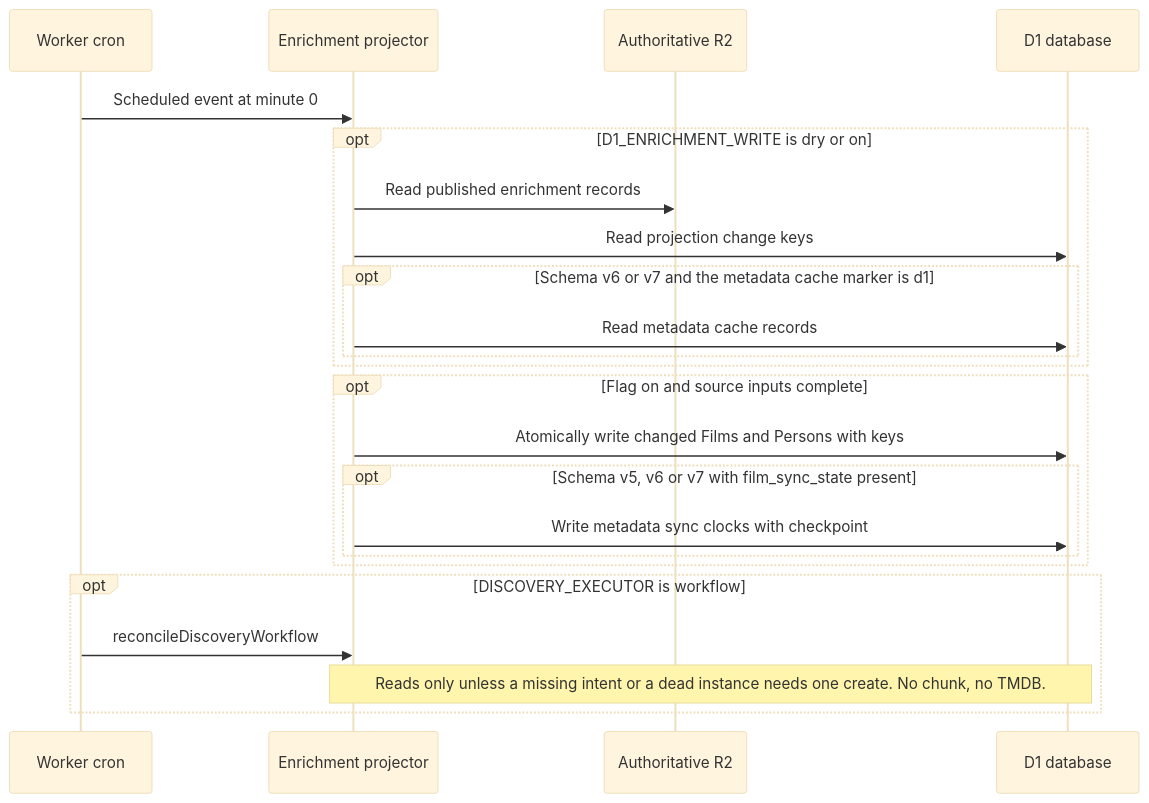
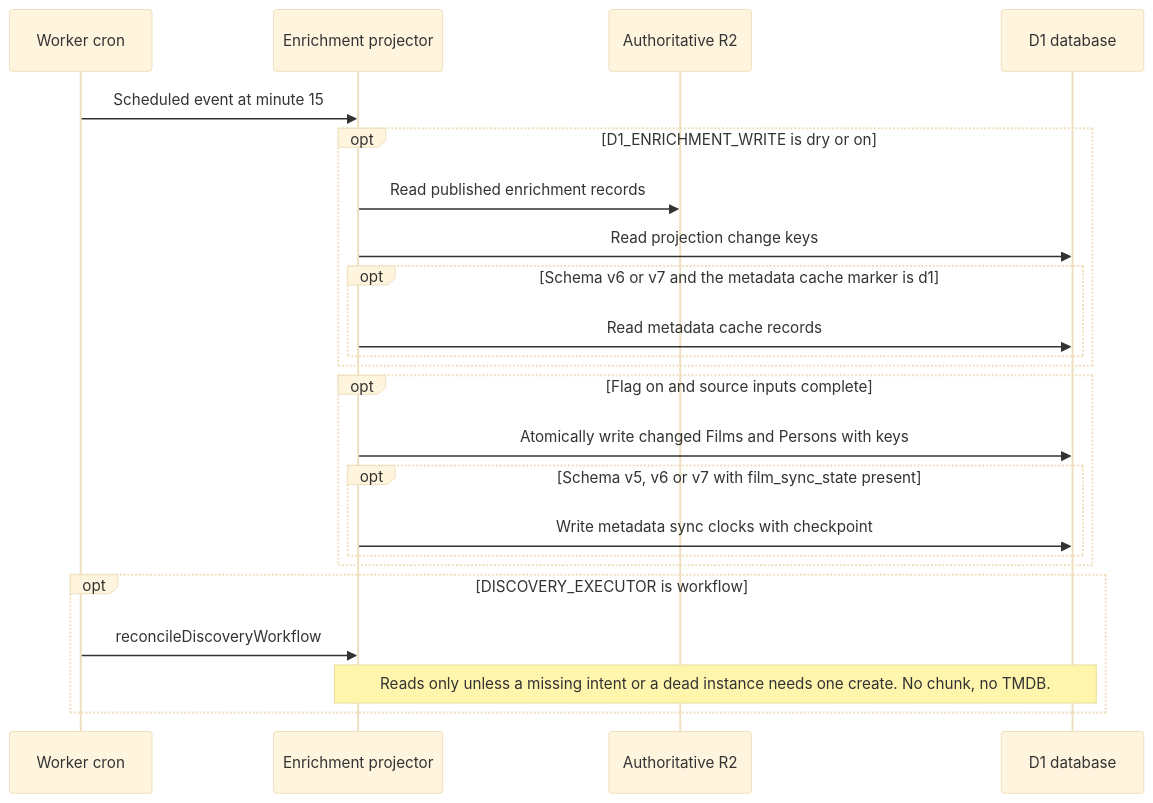
One commit to vladimino/iptv-watchlist changed the fourth of 8 diagrams in docs/architecture/scheduling-and-orchestration.md. Above: the diagram before and after it, drawn with Mermaid (base theme). The commit also changed other lines of this file and 8 other files, not shown here.

First line of the commit message:
AIR-383: shared Worker cron to 15 * * * * (prepared, not for merge without the owner's GO)

````diff
--- a/docs/architecture/scheduling-and-orchestration.md
+++ b/docs/architecture/scheduling-and-orchestration.md
@@ -102,25 +102,25 @@
 ```mermaid
 sequenceDiagram
     participant Cron as Worker cron
     participant Worker as Enrichment projector
     participant R2 as Authoritative R2
     participant D1 as D1 database
-    Cron->>Worker: Scheduled event at minute 0
+    Cron->>Worker: Scheduled event at minute 15
     opt D1_ENRICHMENT_WRITE is dry or on
         Worker->>R2: Read published enrichment records
         Worker->>D1: Read projection change keys
         opt Schema v6 or v7 and the metadata cache marker is d1
             Worker->>D1: Read metadata cache records
         end
     end
     opt Flag on and source inputs complete
         Worker->>D1: Atomically write changed Films and Persons with keys
         opt Schema v5, v6 or v7 with film_sync_state present
             Worker->>D1: Write metadata sync clocks with checkpoint
         end
     end
     opt DISCOVERY_EXECUTOR is workflow
         Cron->>Worker: reconcileDiscoveryWorkflow
         Note over Worker,D1: Reads only unless a missing intent or a dead instance needs one create. No chunk, no TMDB.
     end
 ```
````
